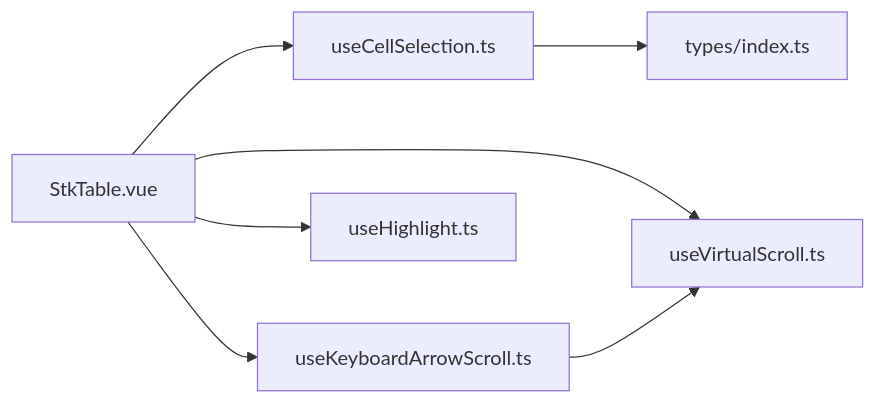
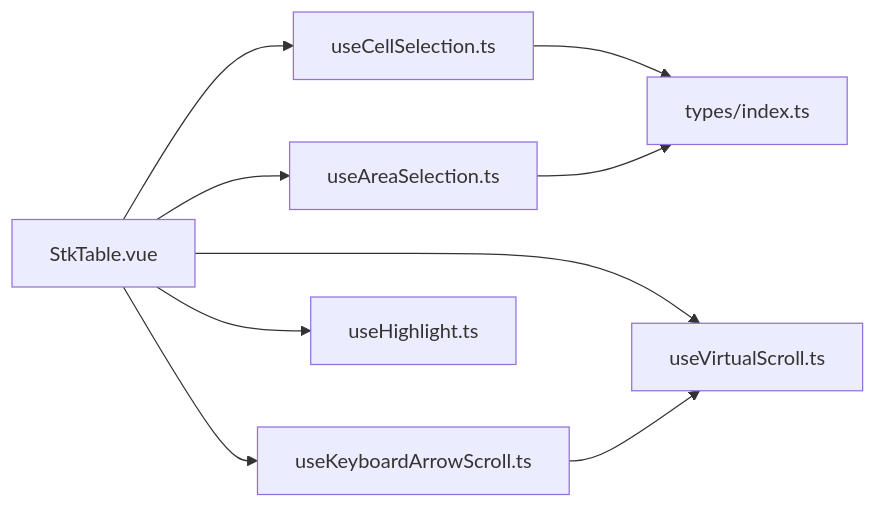
One commit to ja-plus/stk-table-vue changed the ninth of 9 diagrams in .qoder/repowiki/en/content/Core Concepts/Selection and Interaction Mechanisms.md. Above: the diagram before and after it, drawn with Mermaid. The commit also changed other lines of this file and 4 other files, not shown here.

````diff
--- a/.qoder/repowiki/en/content/Core Concepts/Selection and Interaction Mechanisms.md
+++ b/.qoder/repowiki/en/content/Core Concepts/Selection and Interaction Mechanisms.md
@@ -280,9 +390,11 @@
 ```mermaid
 graph LR
 STK["StkTable.vue"] --> UCS["useCellSelection.ts"]
+STK --> UAS["useAreaSelection.ts"]
 STK --> UKA["useKeyboardArrowScroll.ts"]
 STK --> UV["useVirtualScroll.ts"]
 STK --> UHL["useHighlight.ts"]
 UCS --> TIDX["types/index.ts"]
+UAS --> TIDX
 UKA --> UV
 ```
````
